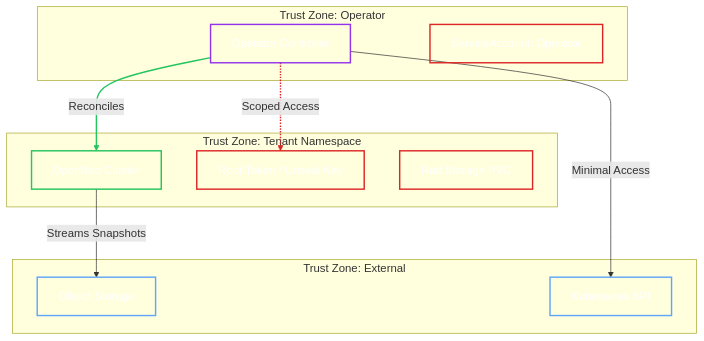
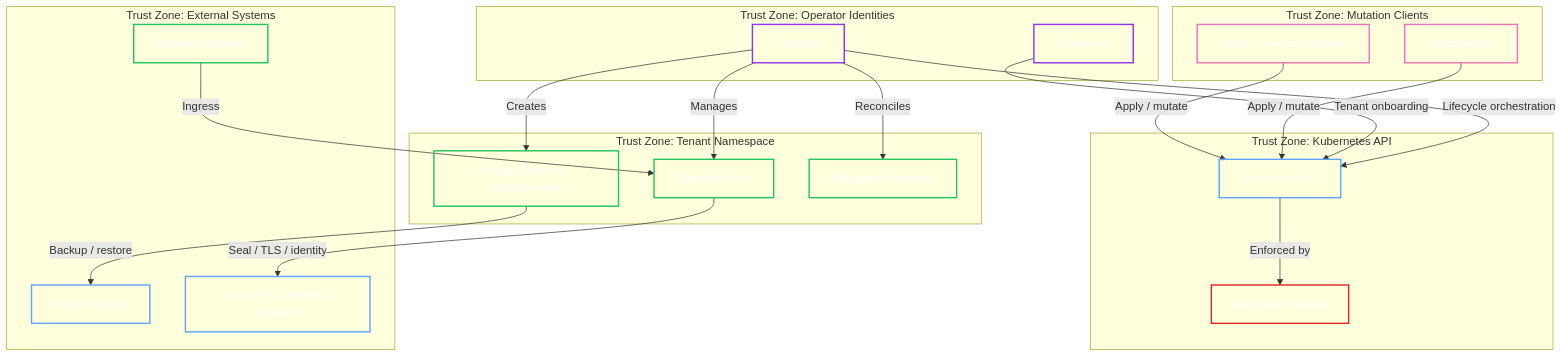
Before and after one commit to dc-tec/openbao-operator: the diagram in docs/security/fundamentals/threat-model.md, drawn with Mermaid. The commit also changed other lines of this file, not shown here.

Commit message:
docs(security): refresh STRIDE threat model

````diff
--- a/docs/security/fundamentals/threat-model.md
+++ b/docs/security/fundamentals/threat-model.md
@@ -10,37 +30,53 @@
 ```mermaid
 graph TD
-    subgraph Operator_Zone [Trust Zone: Operator]
-        Op[Operator Controller]
-        OpSA[ServiceAccount: Operator]
+    subgraph Client_Zone ["Trust Zone: Mutation Clients"]
+        GitOps["GitOps / Human Operator"]
+        Tenant["Tenant Author"]
     end
 
-    subgraph Tenant_Zone [Trust Zone: Tenant Namespace]
-        Bao[OpenBao Cluster]
-        Secret[Root Token / Unseal Key]
-        PVC[Raft Storage PVC]
+    subgraph Operator_Zone ["Trust Zone: Operator Identities"]
+        Prov["Provisioner"]
+        Ctrl["Controller"]
     end
 
-    subgraph Cloud_Zone [Trust Zone: External]
-        S3[Object Storage]
-        K8sAPI[Kubernetes API]
+    subgraph API_Zone ["Trust Zone: Kubernetes API"]
+        K8sAPI["Kubernetes API"]
+        VAP["Admission Policies"]
     end
 
-    Op -- Reconciles --> Bao
-    Op -- Minimal Access --> K8sAPI
-    Op -.->|Scoped Access| Secret
-    Bao -- Streams Snapshots --> S3
-    
-    linkStyle 0 stroke:#22c55e,stroke-width:2px;
-    linkStyle 2 stroke:#dc2626,stroke-width:2px;
+    subgraph Tenant_Zone ["Trust Zone: Tenant Namespace"]
+        Bao["OpenBao Pods"]
+        Jobs["Backup / Restore / Upgrade Jobs"]
+        Managed["Managed Resources"]
+    end
 
+    subgraph External_Zone ["Trust Zone: External Systems"]
+        Edge["Gateway / Ingress"]
+        Storage["Object Storage"]
+        Trust["Seal / PKI / Identity Systems"]
+    end
+
+    GitOps --"Apply / mutate"--> K8sAPI
+    Tenant --"Apply / mutate"--> K8sAPI
+    K8sAPI --"Enforced by"--> VAP
+    Prov --"Tenant onboarding"--> K8sAPI
+    Ctrl --"Lifecycle orchestration"--> K8sAPI
+    Ctrl --"Manages"--> Bao
+    Ctrl --"Creates"--> Jobs
+    Ctrl --"Reconciles"--> Managed
+    Edge --"Ingress"--> Bao
+    Bao --"Seal / TLS / identity"--> Trust
+    Jobs --"Backup / restore"--> Storage
+
+    classDef git fill:transparent,stroke:#f472b6,stroke-width:2px,color:#fff;
     classDef read fill:transparent,stroke:#60a5fa,stroke-width:2px,color:#fff;
     classDef write fill:transparent,stroke:#22c55e,stroke-width:2px,color:#fff;
     classDef security fill:transparent,stroke:#dc2626,stroke-width:2px,color:#fff;
     classDef process fill:transparent,stroke:#9333ea,stroke-width:2px,color:#fff;
 
-    class Op process;
-    class OpSA security;
-    class Bao write;
-    class Secret,PVC security;
-    class S3,K8sAPI read;
+    class GitOps,Tenant git;
+    class K8sAPI,Storage,Trust read;
+    class Bao,Jobs,Managed,Edge write;
+    class VAP security;
+    class Prov,Ctrl process;
 ```
````
